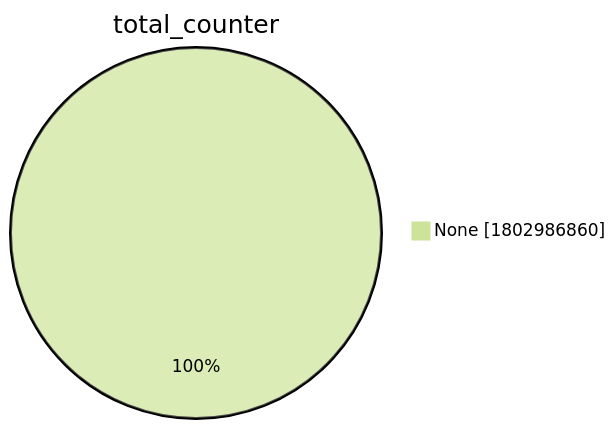
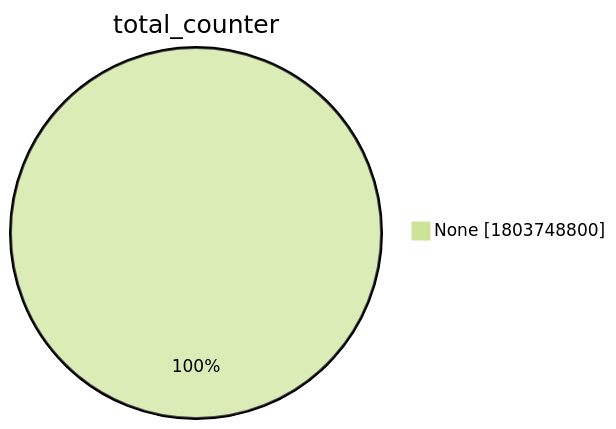
One commit to christiankrug/ctmonitor_visualization changed the second of 15 diagrams in xenon2022/README.md. Above: the diagram before and after it, drawn with Mermaid (forest theme). The commit also changed other lines of this file, not shown here.

````diff
--- a/xenon2022/README.md
+++ b/xenon2022/README.md
@@ -9,5 +9,5 @@
 ```mermaid
 pie showData
 title total_counter
-"None" :1802986860
+"None" :1803748800
 ```
````
